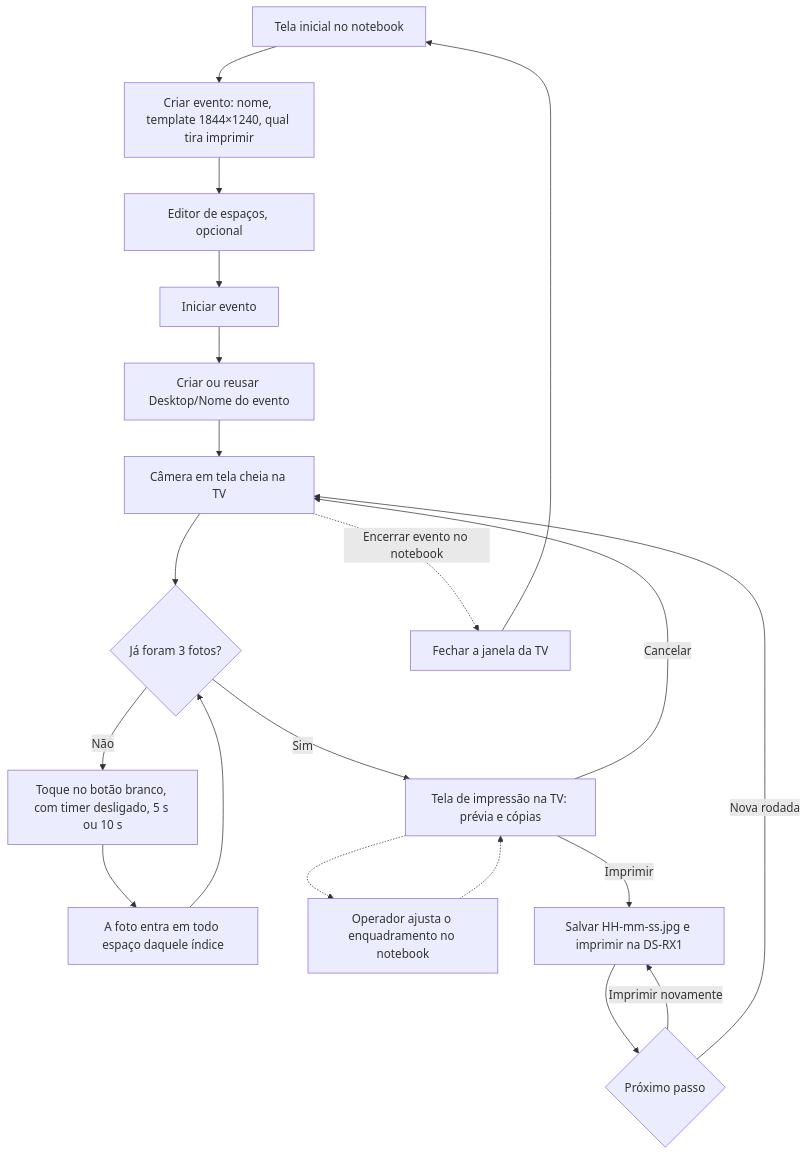
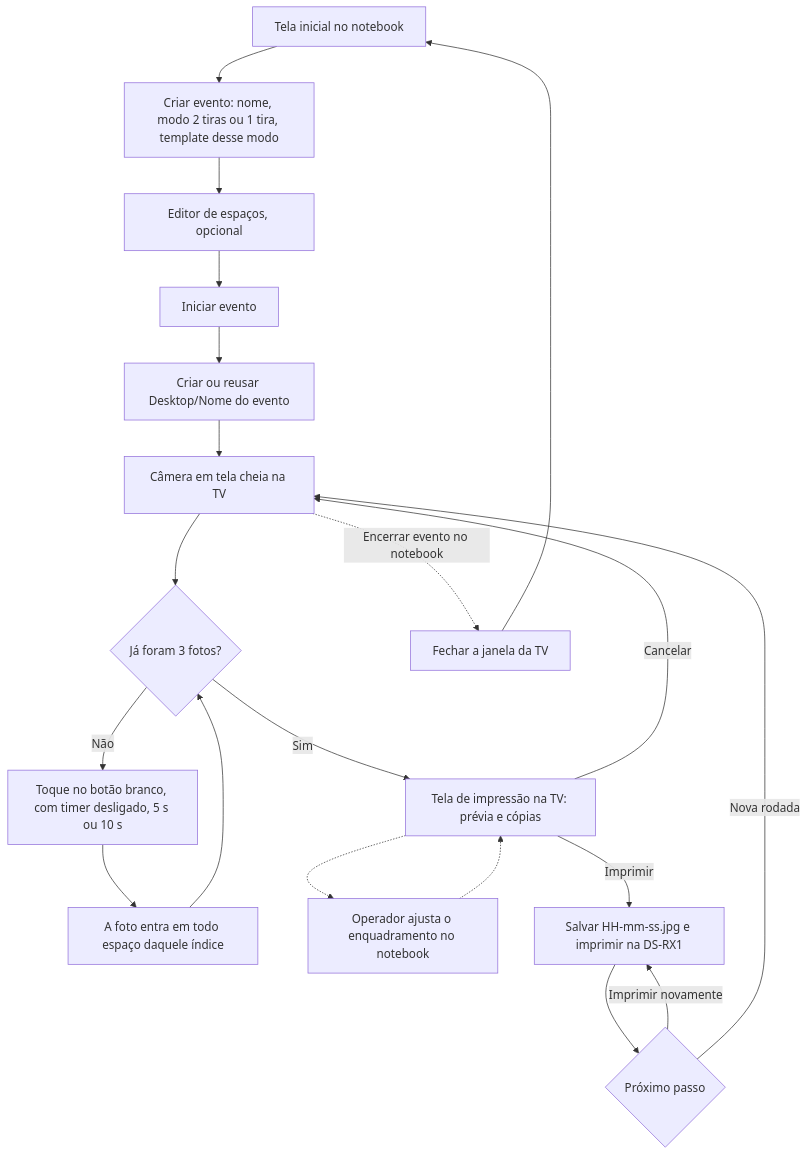
The diagram in docs/PRD.md (ovinidev/PhotoMagic), drawn with Mermaid before and after one commit. The commit also changed other lines of this file and 2 other files, not shown here.

````diff
--- a/docs/PRD.md
+++ b/docs/PRD.md
@@ -63,22 +63,22 @@
 ```mermaid
 flowchart TD
-  A["Tela inicial no notebook"] --> B["Criar evento: nome, template 1844×1240, qual tira imprimir"]
+  A["Tela inicial no notebook"] --> B["Criar evento: nome, modo 2 tiras ou 1 tira, template desse modo"]
   B --> C["Editor de espaços, opcional"]
   C --> D["Iniciar evento"]
   D --> E["Criar ou reusar Desktop/Nome do evento"]
   E --> F["Câmera em tela cheia na TV"]
   F --> G{"Já foram 3 fotos?"}
   G -->|Não| H["Toque no botão branco, com timer desligado, 5 s ou 10 s"]
   H --> I["A foto entra em todo espaço daquele índice"]
   I --> G
   G -->|Sim| J["Tela de impressão na TV: prévia e cópias"]
   J -.-> K["Operador ajusta o enquadramento no notebook"]
   K -.-> J
   J -->|Cancelar| F
   J -->|Imprimir| L["Salvar HH-mm-ss.jpg e imprimir na DS-RX1"]
   L --> M{"Próximo passo"}
   M -->|Imprimir novamente| L
   M -->|Nova rodada| F
   F -.->|Encerrar evento no notebook| N["Fechar a janela da TV"]
   N --> A
 ```
````
